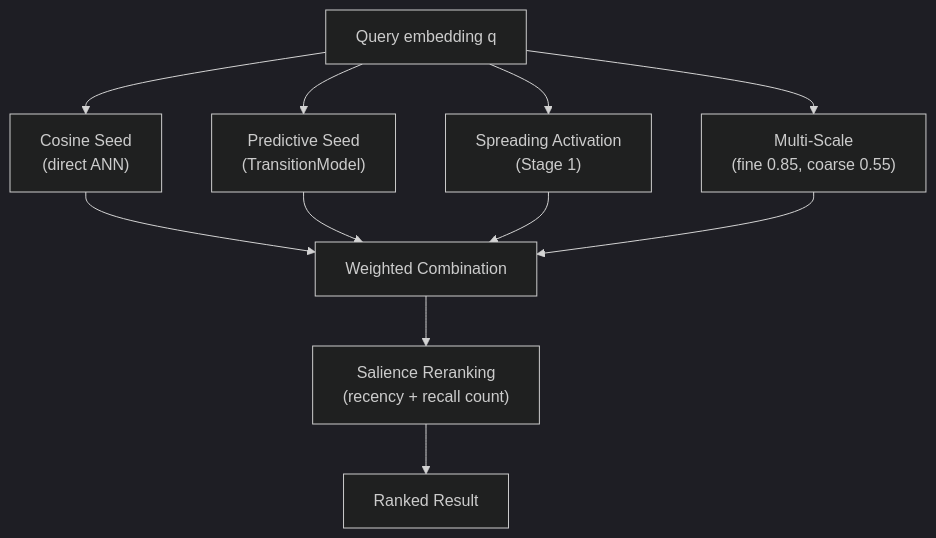
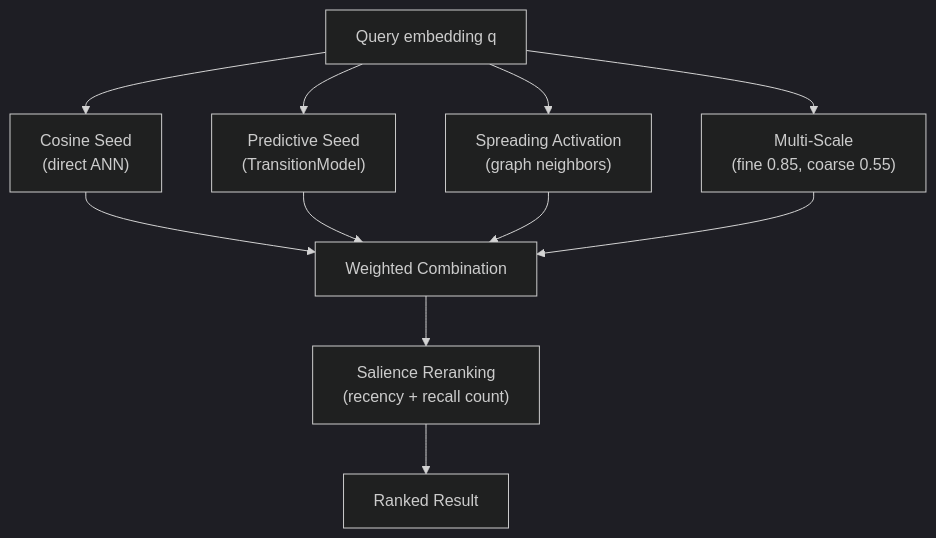
Before and after one commit to mrsalty/slowave: the fifth of 16 diagrams in docs/architecture.md, drawn with Mermaid (dark theme). The commit also changed other lines of this file, not shown here.

Commit message:
integrate architecture documentation

````diff
--- a/docs/architecture.md
+++ b/docs/architecture.md
@@ -211,16 +207,16 @@
 ```mermaid
 flowchart TD
     Q["Query embedding q"]
     Q --> CS["Cosine Seed<br/>(direct ANN)"]
     Q --> PS["Predictive Seed<br/>(TransitionModel)"]
-    Q --> SA["Spreading Activation<br/>(Stage 1)"]
+    Q --> SA["Spreading Activation<br/>(graph neighbors)"]
     Q --> MS["Multi-Scale<br/>(fine 0.85, coarse 0.55)"]
     
     CS --> W["Weighted Combination"]
     PS --> W
     SA --> W
     MS --> W
     
     W --> SR["Salience Reranking<br/>(recency + recall count)"]
     SR --> R["Ranked Result"]
 ```
````
